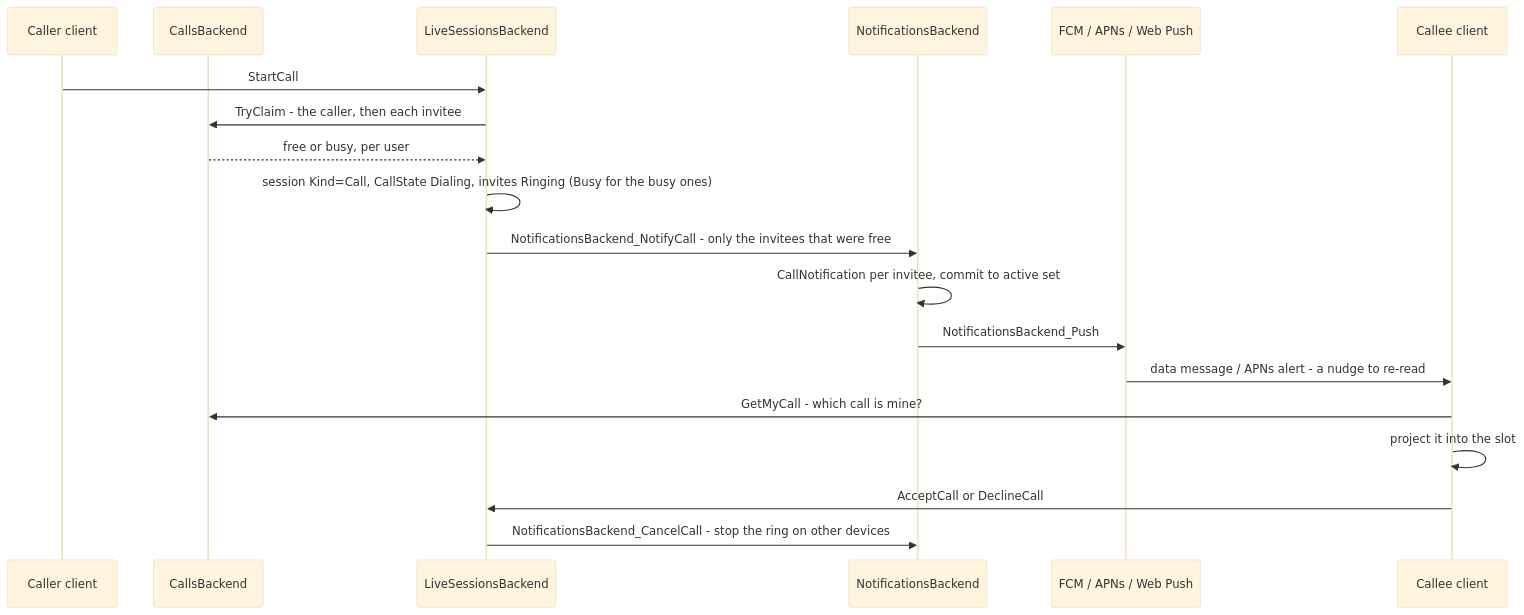
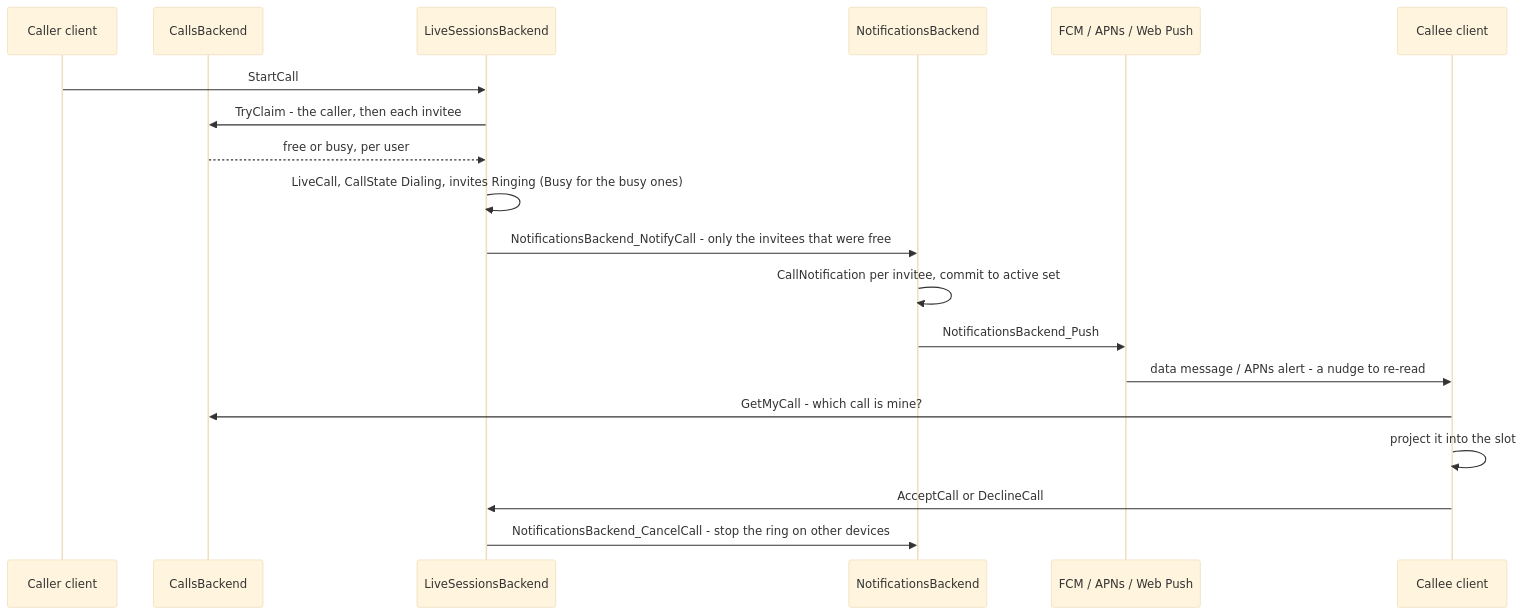
The diagram in docs/calls/incoming-call-flow.md (Actual-Chat/actual-chat), drawn with Mermaid (base theme) before and after one commit. The commit also changed other lines of this file and 23 other files, not shown here.

First line of the commit message:
feat(calls): keep a call in its own record and start its session at the answer

````diff
--- a/docs/calls/incoming-call-flow.md
+++ b/docs/calls/incoming-call-flow.md
@@ -55,22 +54,22 @@
 ```mermaid
 sequenceDiagram
     participant Caller as Caller client
     participant CB as CallsBackend
     participant LS as LiveSessionsBackend
     participant NB as NotificationsBackend
     participant Push as FCM / APNs / Web Push
     participant Callee as Callee client
 
     Caller->>LS: StartCall
     LS->>CB: TryClaim - the caller, then each invitee
     CB-->>LS: free or busy, per user
-    LS->>LS: session Kind=Call, CallState Dialing, invites Ringing (Busy for the busy ones)
+    LS->>LS: LiveCall, CallState Dialing, invites Ringing (Busy for the busy ones)
     LS->>NB: NotificationsBackend_NotifyCall - only the invitees that were free
     NB->>NB: CallNotification per invitee, commit to active set
     NB->>Push: NotificationsBackend_Push
     Push->>Callee: data message / APNs alert - a nudge to re-read
     Callee->>CB: GetMyCall - which call is mine?
     Callee->>Callee: project it into the slot
     Callee->>LS: AcceptCall or DeclineCall
     LS->>NB: NotificationsBackend_CancelCall - stop the ring on other devices
 ```
````
